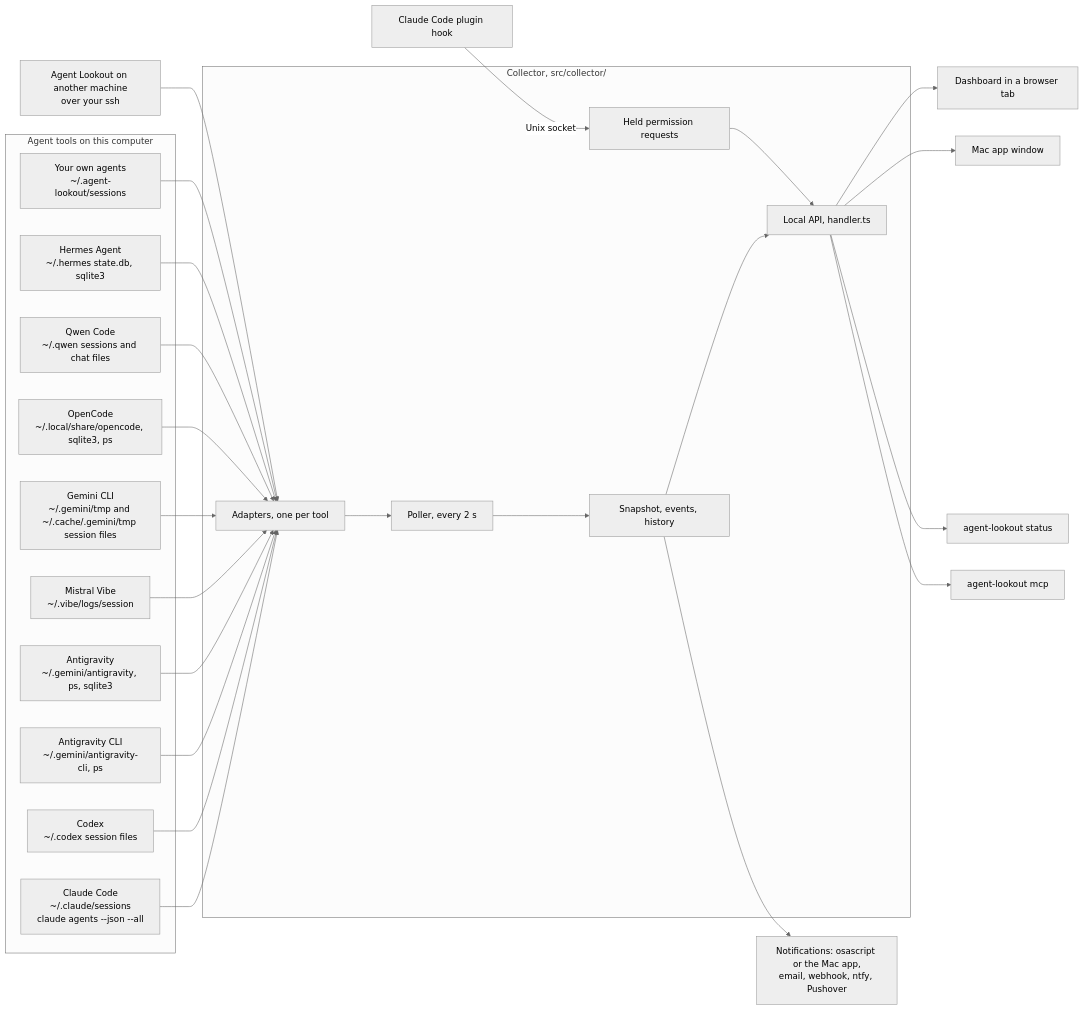
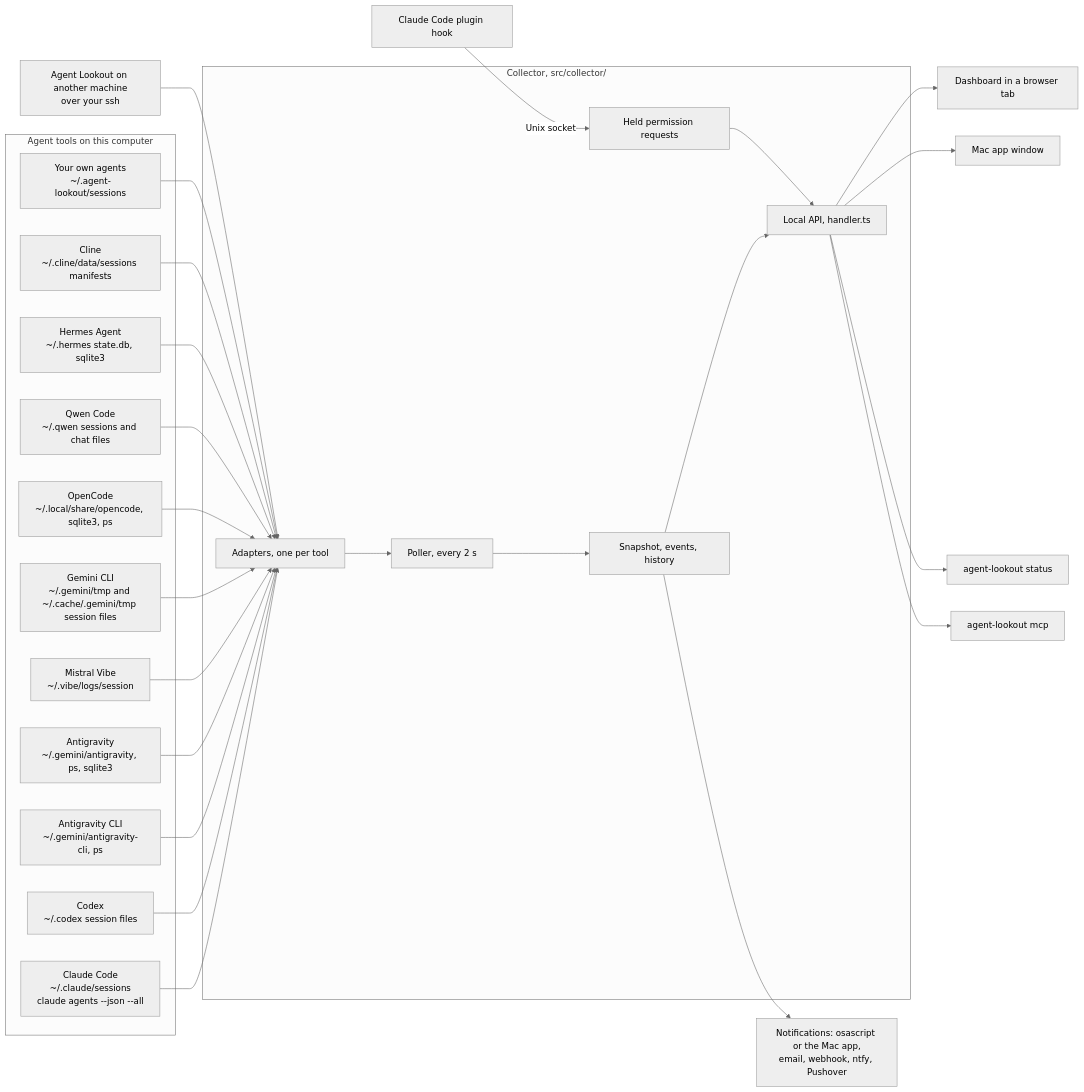
One commit to Olanetsoft/agent-lookout changed the first of 4 diagrams in docs/TOUR.md. Above: the diagram before and after it, drawn with Mermaid (neutral theme). The commit also changed other lines of this file and 60 other files, not shown here.

````diff
--- a/docs/TOUR.md
+++ b/docs/TOUR.md
@@ -29,43 +29,45 @@
 ```mermaid
 flowchart LR
   subgraph tools["Agent tools on this computer"]
     cc["Claude Code<br/>~/.claude/sessions<br/>claude agents --json --all"]
     cx["Codex<br/>~/.codex session files"]
     ag["Antigravity CLI<br/>~/.gemini/antigravity-cli, ps"]
     aa["Antigravity<br/>~/.gemini/antigravity, ps, sqlite3"]
     mv["Mistral Vibe<br/>~/.vibe/logs/session"]
     gc["Gemini CLI<br/>~/.gemini/tmp and ~/.cache/.gemini/tmp session files"]
     oc["OpenCode<br/>~/.local/share/opencode, sqlite3, ps"]
     qw["Qwen Code<br/>~/.qwen sessions and chat files"]
     ha["Hermes Agent<br/>~/.hermes state.db, sqlite3"]
+    cl["Cline<br/>~/.cline/data/sessions manifests"]
     sf["Your own agents<br/>~/.agent-lookout/sessions"]
   end
   remote["Agent Lookout on another machine<br/>over your ssh"]
   plugin["Claude Code plugin hook"]
   subgraph collector["Collector, src/collector/"]
     adapters["Adapters, one per tool"]
     poller["Poller, every 2 s"]
     snap["Snapshot, events, history"]
     api["Local API, handler.ts"]
     held["Held permission requests"]
   end
   cc --> adapters
   cx --> adapters
   ag --> adapters
   aa --> adapters
   mv --> adapters
   gc --> adapters
   oc --> adapters
   qw --> adapters
   ha --> adapters
+  cl --> adapters
   sf --> adapters
   remote --> adapters
   plugin -->|"Unix socket"| held
   adapters --> poller --> snap --> api
   held --> api
   api --> page["Dashboard in a browser tab"]
   api --> mac["Mac app window"]
   api --> status["agent-lookout status"]
   api --> mcp["agent-lookout mcp"]
   snap --> channels["Notifications: osascript or the Mac app,<br/>email, webhook, ntfy, Pushover"]
 ```
````
